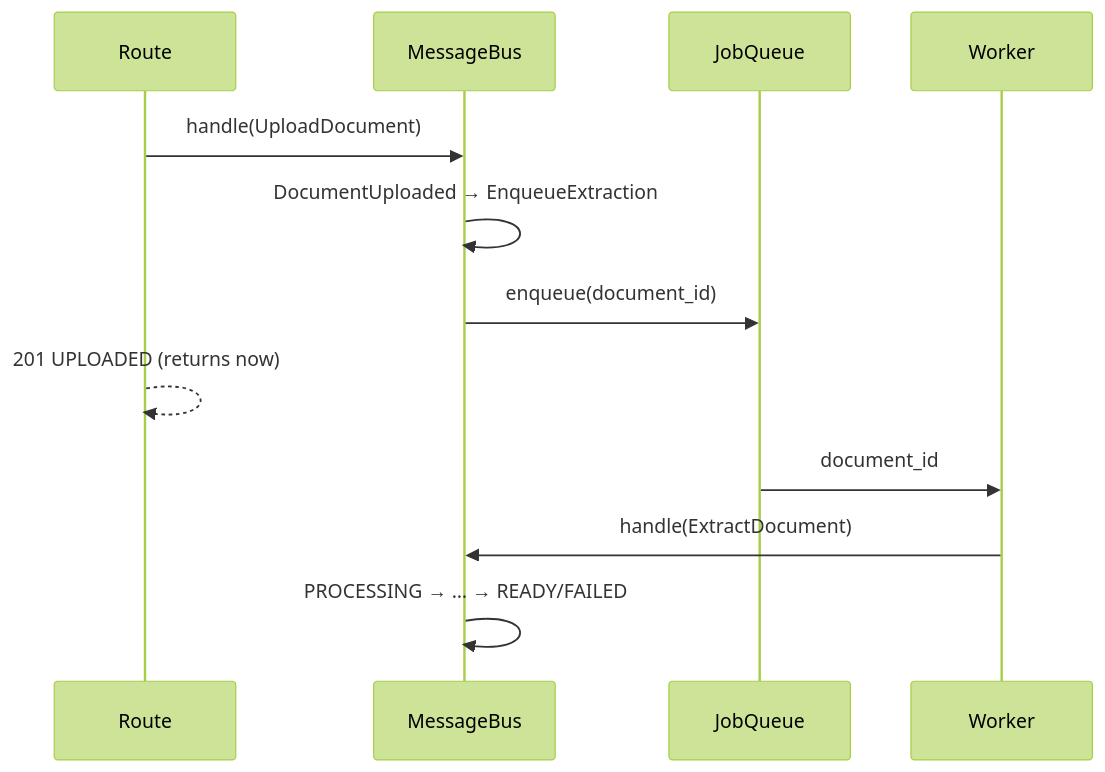
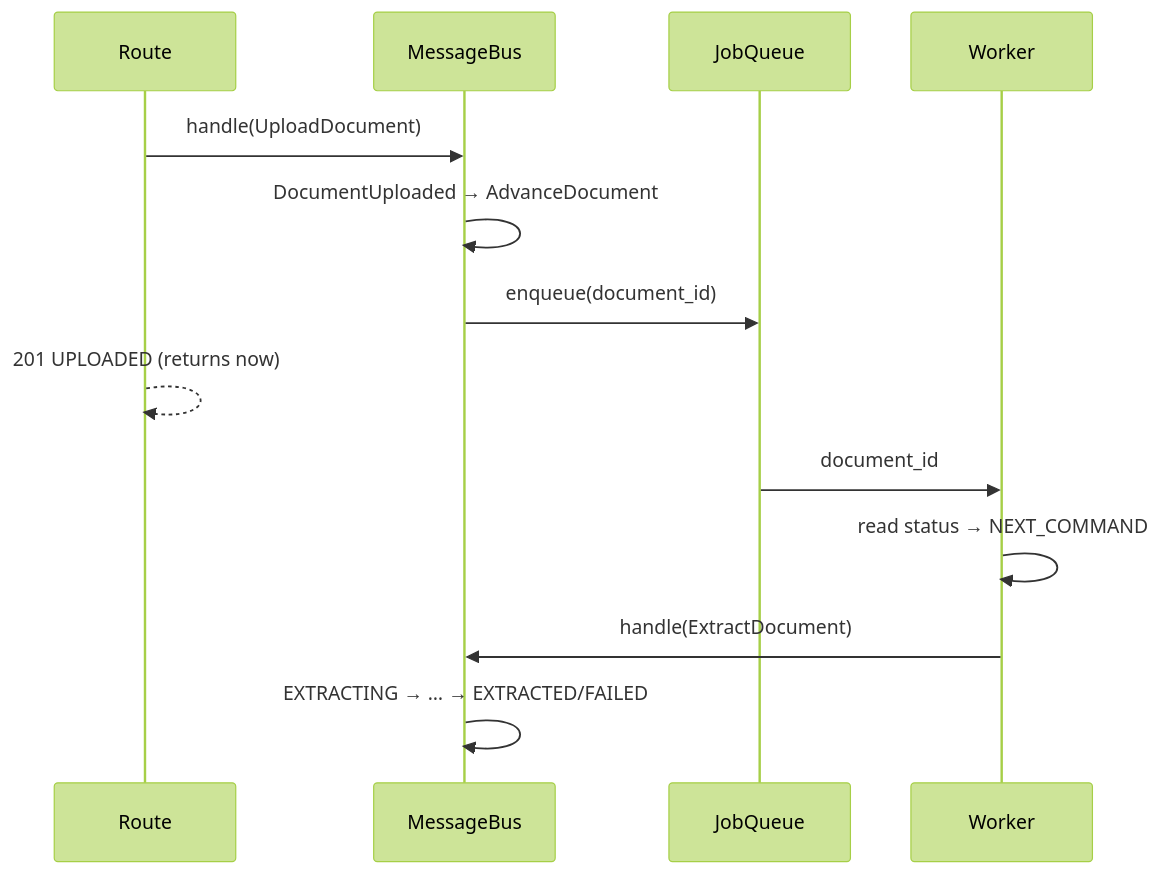
The sixth of 8 diagrams in docs/architecture.md (jacogro13/Cicero), drawn with Mermaid (forest theme) before and after one commit. The commit also changed other lines of this file, not shown here.

Commit message:
docs(architecture): the stage table; recovery collapses into dispatch

````diff
--- a/docs/architecture.md
+++ b/docs/architecture.md
@@ -251,14 +267,15 @@
 ```mermaid
 sequenceDiagram
     participant R as Route
     participant B as MessageBus
     participant Q as JobQueue
     participant K as Worker
     R->>B: handle(UploadDocument)
-    B->>B: DocumentUploaded → EnqueueExtraction
+    B->>B: DocumentUploaded → AdvanceDocument
     B->>Q: enqueue(document_id)
     R-->>R: 201 UPLOADED (returns now)
     Q->>K: document_id
+    K->>K: read status → NEXT_COMMAND
     K->>B: handle(ExtractDocument)
-    B->>B: PROCESSING → … → READY/FAILED
+    B->>B: EXTRACTING → … → EXTRACTED/FAILED
 ```
````
